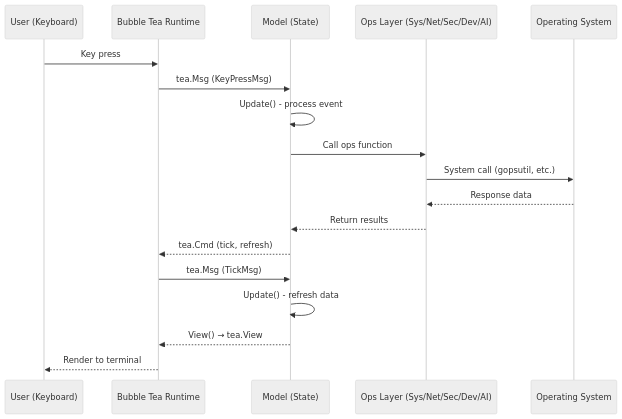
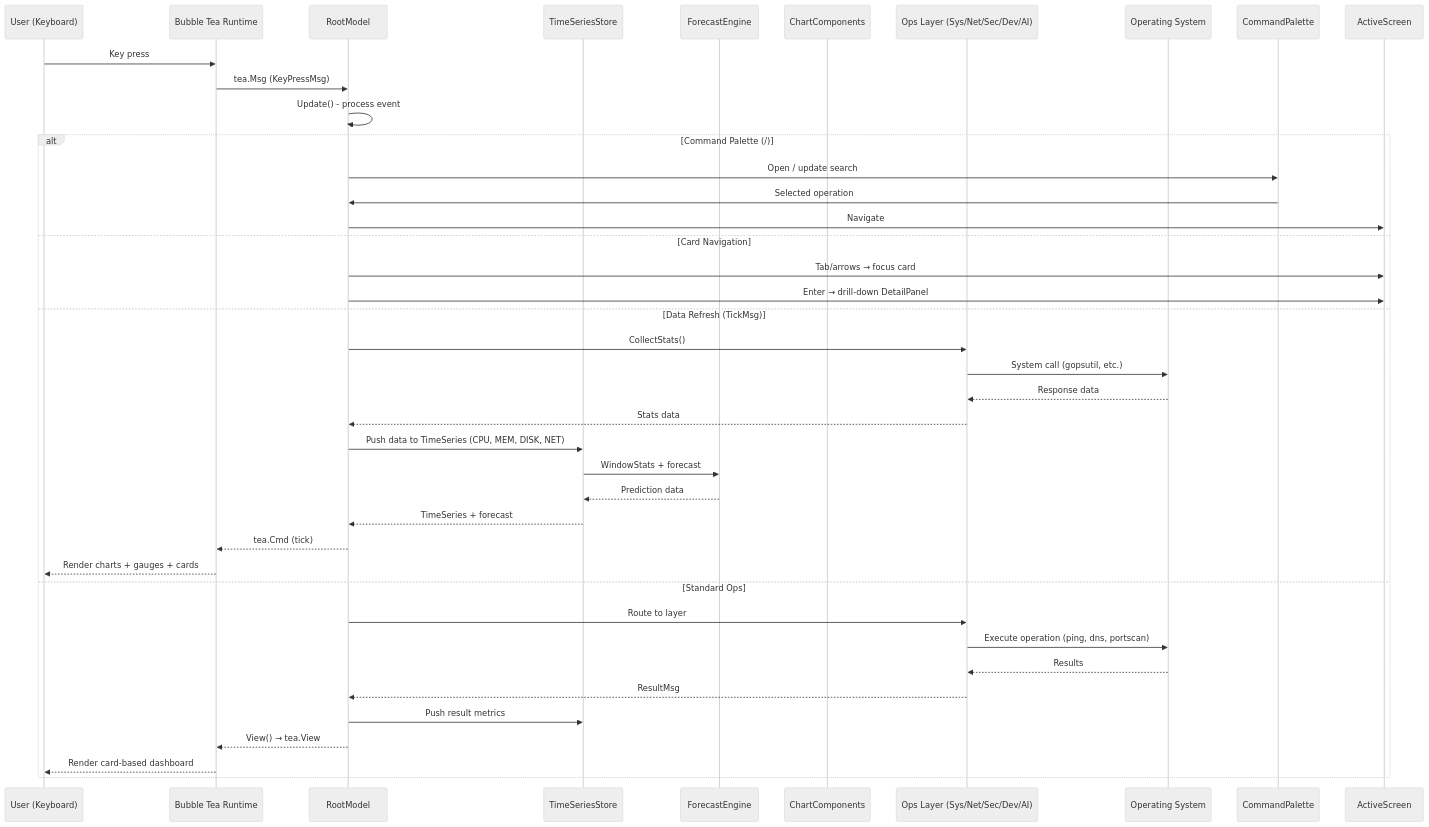
Before and after one commit to shahriarhaqueabir/UniversalOps: the third of 4 diagrams in docs/ARCHITECTURE.md, drawn with Mermaid (neutral theme). The commit also changed other lines of this file and 9627 other files, not shown here.

````diff
--- a/docs/ARCHITECTURE.md
+++ b/docs/ARCHITECTURE.md
@@ -168,21 +231,43 @@
 ```mermaid
 sequenceDiagram
     participant U as User (Keyboard)
     participant TUI as Bubble Tea Runtime
-    participant M as Model (State)
+    participant M as RootModel
+    participant S as TimeSeriesStore
+    participant F as ForecastEngine
+    participant C as ChartComponents
     participant O as Ops Layer (Sys/Net/Sec/Dev/AI)
     participant OS as Operating System
     
     U->>TUI: Key press
     TUI->>M: tea.Msg (KeyPressMsg)
     M->>M: Update() - process event
-    M->>O: Call ops function
-    O->>OS: System call (gopsutil, etc.)
-    OS-->>O: Response data
-    O-->>M: Return results
-    M-->>TUI: tea.Cmd (tick, refresh)
-    TUI->>M: tea.Msg (TickMsg)
-    M->>M: Update() - refresh data
-    M-->>TUI: View() → tea.View
-    TUI-->>U: Render to terminal
+    
+    alt Command Palette (/)
+        M->>CommandPalette: Open / update search
+        CommandPalette->>M: Selected operation
+        M->>ActiveScreen: Navigate
+    else Card Navigation
+        M->>ActiveScreen: Tab/arrows → focus card
+        M->>ActiveScreen: Enter → drill-down DetailPanel
+    else Data Refresh (TickMsg)
+        M->>O: CollectStats()
+        O->>OS: System call (gopsutil, etc.)
+        OS-->>O: Response data
+        O-->>M: Stats data
+        M->>S: Push data to TimeSeries (CPU, MEM, DISK, NET)
+        S->>F: WindowStats + forecast
+        F-->>S: Prediction data
+        S-->>M: TimeSeries + forecast
+        M-->>TUI: tea.Cmd (tick)
+        TUI-->>U: Render charts + gauges + cards
+    else Standard Ops
+        M->>O: Route to layer
+        O->>OS: Execute operation (ping, dns, portscan)
+        OS-->>O: Results
+        O-->>M: ResultMsg
+        M->>S: Push result metrics
+        M-->>TUI: View() → tea.View
+        TUI-->>U: Render card-based dashboard
+    end
 ```
````
